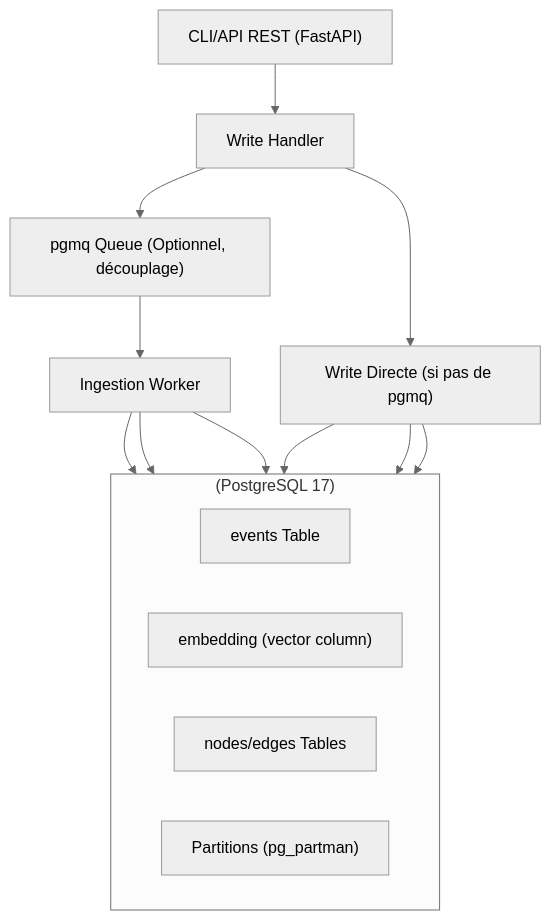
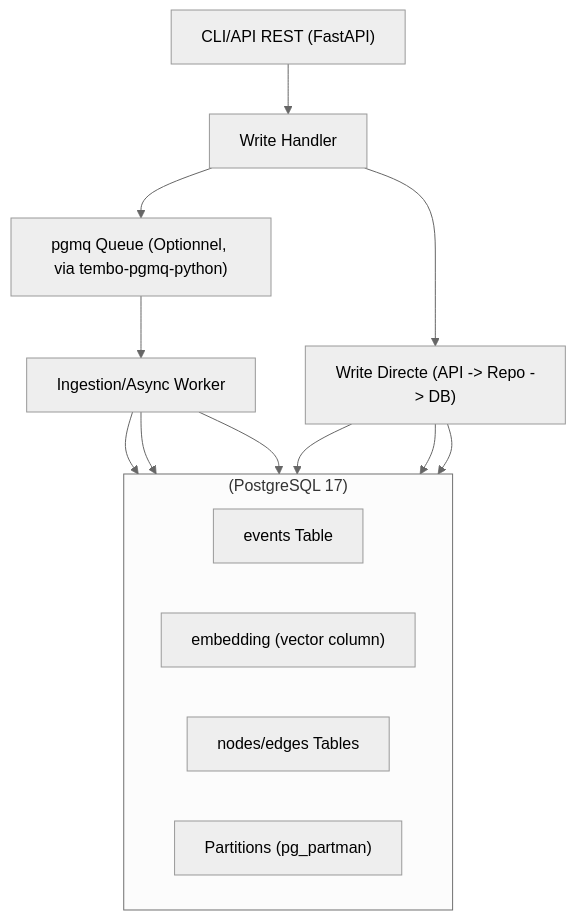
The first of 3 diagrams in docs/Document Architecture.md (giak/mnemo-lite), drawn with Mermaid (neutral theme) before and after one commit. The commit also changed other lines of this file and 69 other files, not shown here.

````diff
--- a/docs/Document Architecture.md
+++ b/docs/Document Architecture.md
@@ -15,22 +15,22 @@
 ```mermaid
 flowchart TD
   CLI_API["CLI/API REST (FastAPI)"] --> WriteHandler["Write Handler"]
-  WriteHandler --> Queue["pgmq Queue (Optionnel, découplage)"]
-  Queue --> Worker["Ingestion Worker"]
-  WriteHandler --> DirectWrite["Write Directe (si pas de pgmq)"]
+  WriteHandler --> Queue["pgmq Queue (Optionnel, via tembo-pgmq-python)"]
+  Queue --> Worker["Ingestion/Async Worker"]
+  WriteHandler --> DirectWrite["Write Directe (API -> Repo -> DB)"]
   
   subgraph PostgreSQL_17 ["(PostgreSQL 17)"]
     direction LR
     PG_Events[events Table]
     PG_Embeddings["embedding (vector column)"]
     PG_Graph[nodes/edges Tables]
     PG_Partitions["Partitions (pg_partman)"]
   end
 
   Worker --> PG_Events
   Worker --> PG_Embeddings
   Worker --> PG_Graph
   DirectWrite --> PG_Events
   DirectWrite --> PG_Embeddings
   DirectWrite --> PG_Graph
 ```
````
